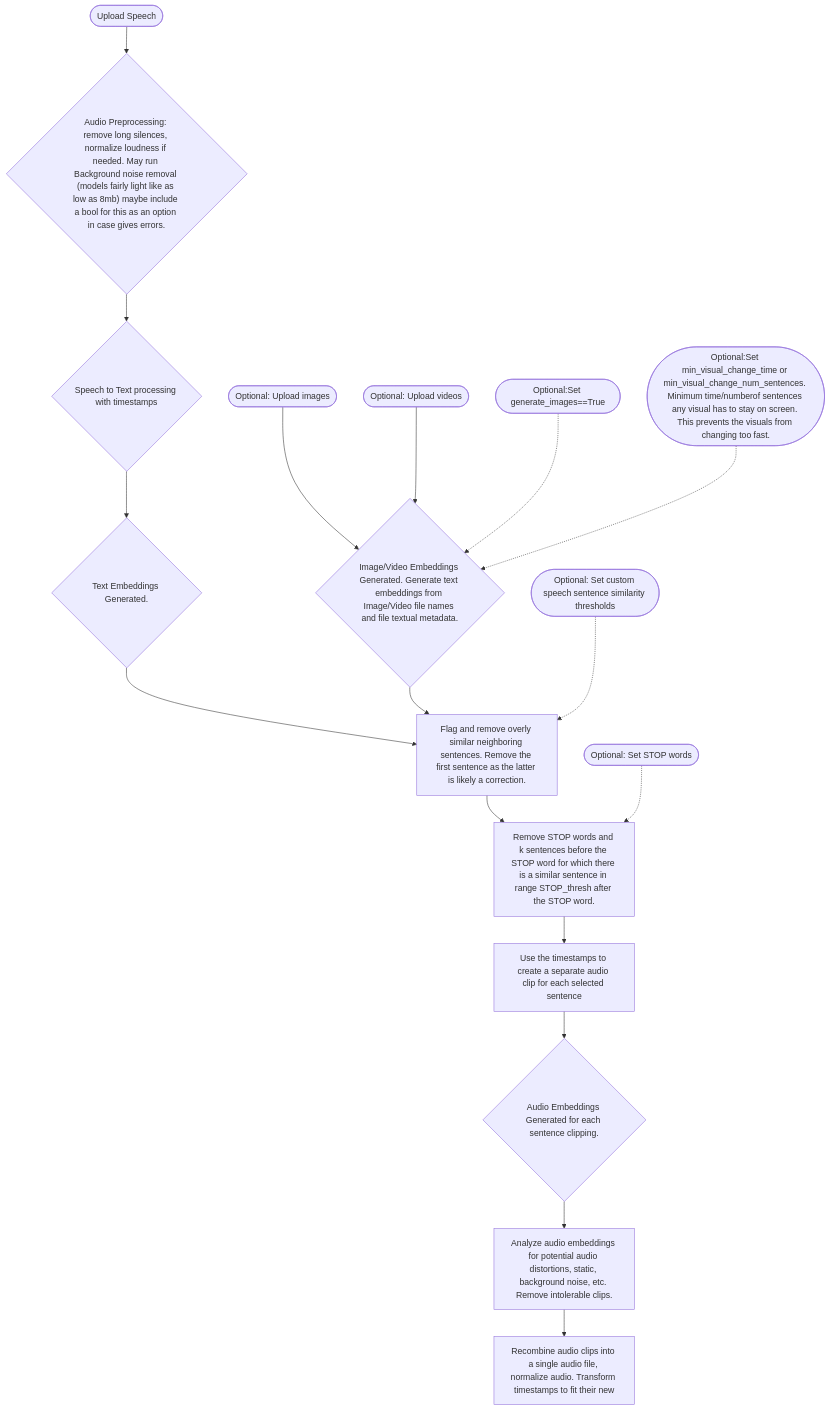
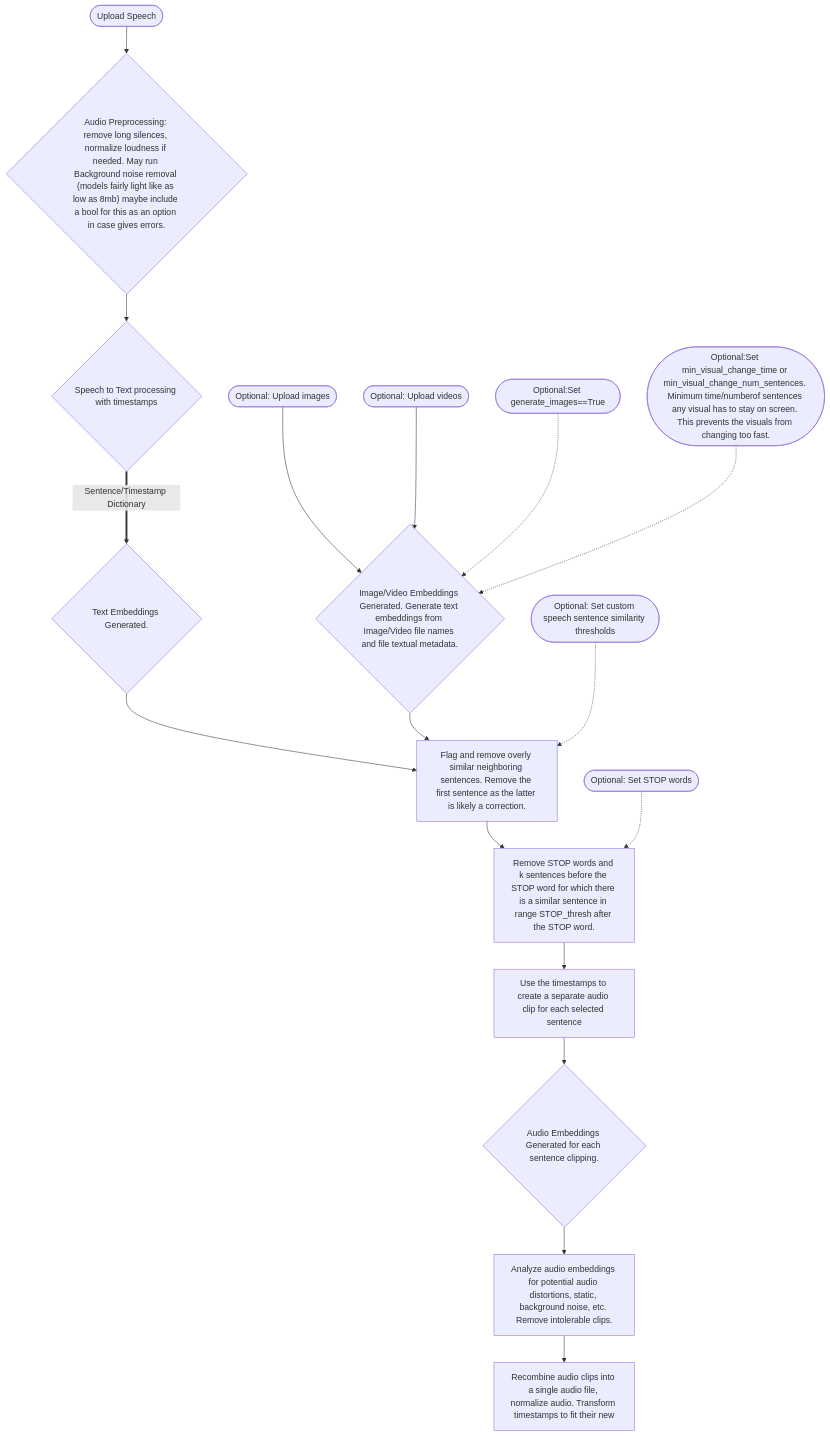
One commit to GeorgeDavila/yappy-video-editor changed the diagram in README.md. Above: the diagram before and after it, drawn with Mermaid.

Commit message:
mermaid diagram editing

````diff
--- a/README.md
+++ b/README.md
@@ -9,27 +9,28 @@
 ```mermaid
 graph TD;
+    %% mermaid chart docs: https://mermaid.js.org/syntax/flowchart.html
     AUDIO_UPLOAD(["Upload Speech"])-->AUDIO_PREPROCESSING{"Audio Preprocessing: remove long silences, normalize loudness if needed. May run Background noise removal (models fairly light like as low as 8mb) maybe include a bool for this as an option in case gives errors."};
     %% AUDIO_UPLOAD-->EMBED_AUDIO{"Audio Embeddings Generated."};
     AUDIO_PREPROCESSING-->STT_MODEL{"Speech to Text processing with timestamps"}
-    STT_MODEL-->EMBED_TEXT{"Text Embeddings Generated."};
+    STT_MODEL==Sentence/Timestamp Dictionary==>EMBED_TEXT{"Text Embeddings Generated."};
     IMAGE_UPLOAD(["Optional: Upload images"])-->EMBED_IMAGE_VIDEO{"Image/Video Embeddings Generated. Generate text embeddings from Image/Video file names and file textual metadata."};
     VIDEO_UPLOAD(["Optional: Upload videos"])-->EMBED_IMAGE_VIDEO;
 
     EMBED_TEXT-->AUDIO_SIMILARITY["Flag and remove overly similar neighboring sentences. Remove the first sentence as the latter is likely a correction."];
     AUDIO_SIMILARITY-->AUDIO_STOP["Remove STOP words and k sentences before the STOP word for which there is a similar sentence in range STOP_thresh after the STOP word."];
 
     %% AUDIO_STOP-->AUDIO_AGENT["Now that we have our core audio we can inject prompts into the pipeline to remove unwanted topics or whatever"];
     
     AUDIO_STOP-->AUDIO_CLIPPING["Use the timestamps to create a separate audio clip for each selected sentence"];
     AUDIO_CLIPPING-->EMBED_AUDIO{"Audio Embeddings Generated for each sentence clipping."};
     EMBED_AUDIO-->AUDIO_ANALYSIS["Analyze audio embeddings for potential audio distortions, static, background noise, etc. Remove intolerable clips."]
 
     AUDIO_ANALYSIS-->AUDIO_POSTPROCESSING["Recombine audio clips into a single audio file, normalize audio. Transform timestamps to fit their new"]
     EMBED_IMAGE_VIDEO-->AUDIO_SIMILARITY;
     
     PARAM1(["Optional: Set custom speech sentence similarity thresholds"])-.->AUDIO_SIMILARITY;
     PARAM2(["Optional: Set STOP words"])-.->AUDIO_STOP;
     PARAM3(["Optional:Set generate_images==True"])-.->EMBED_IMAGE_VIDEO;
     PARAM4(["Optional:Set min_visual_change_time or min_visual_change_num_sentences. Minimum time/numberof sentences any visual has to stay on screen. This prevents the visuals from changing too fast. "])-.->EMBED_IMAGE_VIDEO;
 
 ```
````
